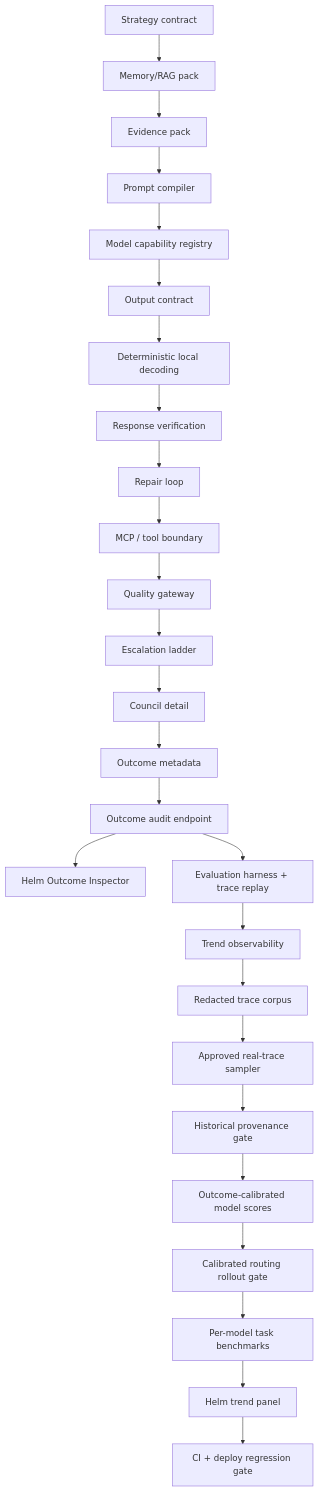
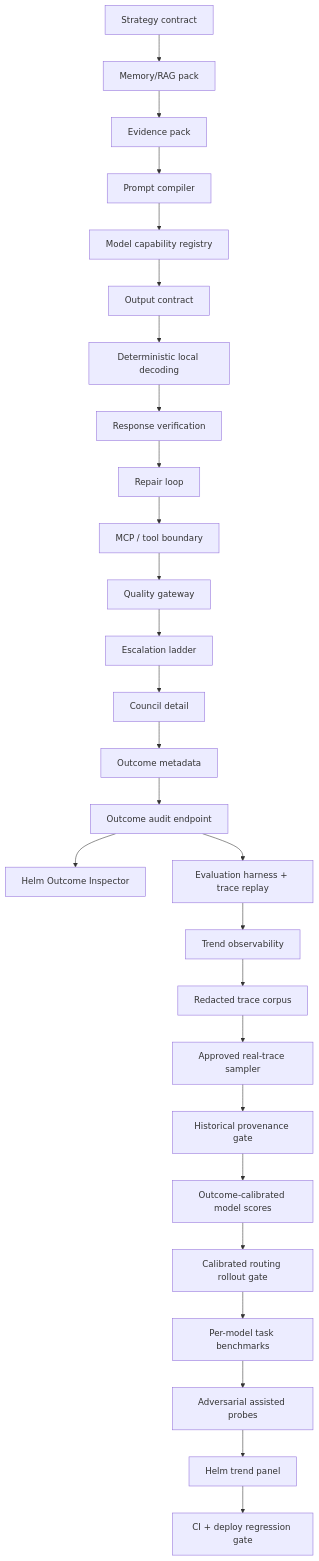
One commit to kphaas/jarvis-alpha changed the second of 2 diagrams in docs/audit/AT0_CHAT_QUALITY_ARCHITECTURE_GAP_LEDGER_2026-07-09.md. Above: the diagram before and after it, drawn with Mermaid. The commit also changed other lines of this file and 6 other files, not shown here.

````diff
--- a/docs/audit/AT0_CHAT_QUALITY_ARCHITECTURE_GAP_LEDGER_2026-07-09.md
+++ b/docs/audit/AT0_CHAT_QUALITY_ARCHITECTURE_GAP_LEDGER_2026-07-09.md
@@ -31,28 +31,29 @@
 ```mermaid
 flowchart TD
     S["Strategy contract"] --> M["Memory/RAG pack"]
     M --> C["Evidence pack"]
     C --> P["Prompt compiler"]
     P --> R["Model capability registry"]
     R --> OC["Output contract"]
     OC --> LD["Deterministic local decoding"]
     LD --> V["Response verification"]
     V --> RL["Repair loop"]
     RL --> TB["MCP / tool boundary"]
     TB --> Q["Quality gateway"]
     Q --> E["Escalation ladder"]
     E --> D["Council detail"]
     D --> O["Outcome metadata"]
     O --> A["Outcome audit endpoint"]
     A --> H["Helm Outcome Inspector"]
     A --> EV["Evaluation harness + trace replay"]
     EV --> T["Trend observability"]
     T --> RC["Redacted trace corpus"]
     RC --> RS["Approved real-trace sampler"]
     RS --> HR["Historical provenance gate"]
     HR --> MS["Outcome-calibrated model scores"]
     MS --> CR["Calibrated routing rollout gate"]
     CR --> PM["Per-model task benchmarks"]
-    PM --> HP["Helm trend panel"]
+    PM --> AP["Adversarial assisted probes"]
+    AP --> HP["Helm trend panel"]
     HP --> G["CI + deploy regression gate"]
 ```
````
